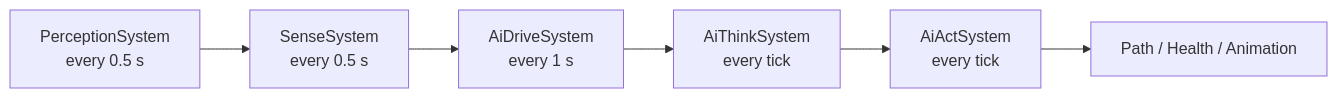
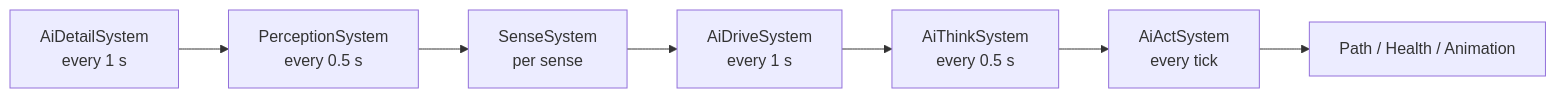
One commit to tfelix/bestia-docs changed the diagram in content/docs/server/ai.md. Above: the diagram before and after it, drawn with Mermaid. The commit also changed other lines of this file, not shown here.

Commit message:
docs(server): describe AI detail tiers and wake ticks (P6)

````diff
--- a/content/docs/server/ai.md
+++ b/content/docs/server/ai.md
@@ -54,8 +54,9 @@
 ```mermaid
 graph LR
-  P["PerceptionSystem<br/>every 0.5 s"] --> S["SenseSystem<br/>every 0.5 s"]
+  L["AiDetailSystem<br/>every 1 s"] --> P["PerceptionSystem<br/>every 0.5 s"]
+  P --> S["SenseSystem<br/>per sense"]
   S --> D["AiDriveSystem<br/>every 1 s"]
-  D --> T["AiThinkSystem<br/>every tick"]
+  D --> T["AiThinkSystem<br/>every 0.5 s"]
   T --> A["AiActSystem<br/>every tick"]
   A --> W["Path / Health / Animation"]
 ```
````
